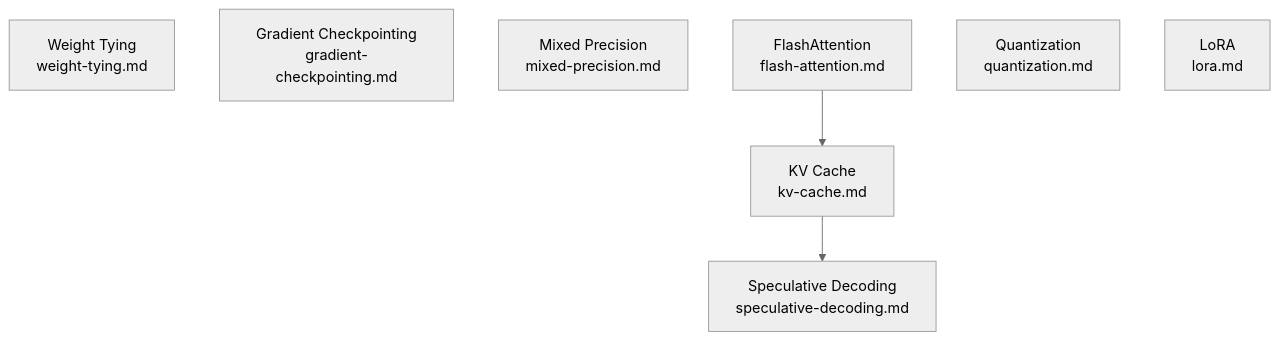
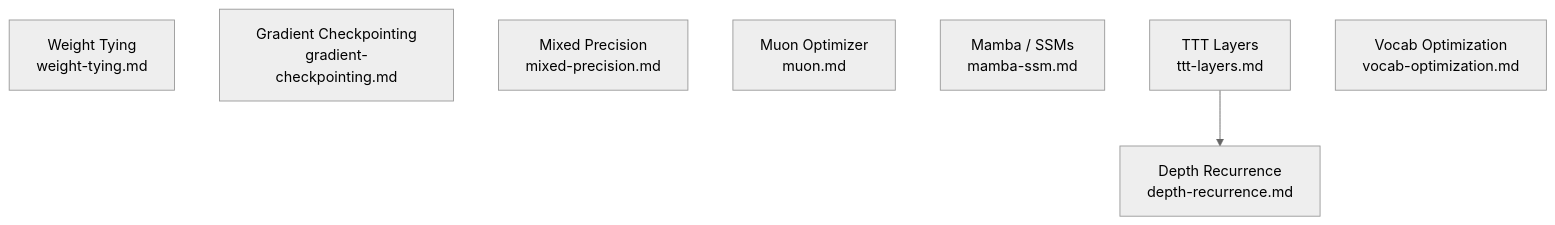
One commit to calwoo/research-notes changed the diagram in concepts/deep-learning-engineering/overview.md. Above: the diagram before and after it, drawn with Mermaid (neutral theme). The commit also changed other lines of this file, not shown here.

Commit message:
docs: restructure DL engineering overview — add muon, mamba, TTT, depth recurrence, vocab optimization; drop inference-only notes

````diff
--- a/concepts/deep-learning-engineering/overview.md
+++ b/concepts/deep-learning-engineering/overview.md
@@ -51,14 +51,13 @@
 ```mermaid
 flowchart TD
     WT["Weight Tying<br/>weight-tying.md"]
     GC["Gradient Checkpointing<br/>gradient-checkpointing.md"]
     MP["Mixed Precision<br/>mixed-precision.md"]
-    FA["FlashAttention<br/>flash-attention.md"]
-    KV["KV Cache<br/>kv-cache.md"]
-    SD["Speculative Decoding<br/>speculative-decoding.md"]
-    QU["Quantization<br/>quantization.md"]
-    LR["LoRA<br/>lora.md"]
+    MU["Muon Optimizer<br/>muon.md"]
+    MB["Mamba / SSMs<br/>mamba-ssm.md"]
+    TTT["TTT Layers<br/>ttt-layers.md"]
+    DR["Depth Recurrence<br/>depth-recurrence.md"]
+    VO["Vocab Optimization<br/>vocab-optimization.md"]
 
-    KV --> SD
-    FA --> KV
+    TTT --> DR
 ```
````
